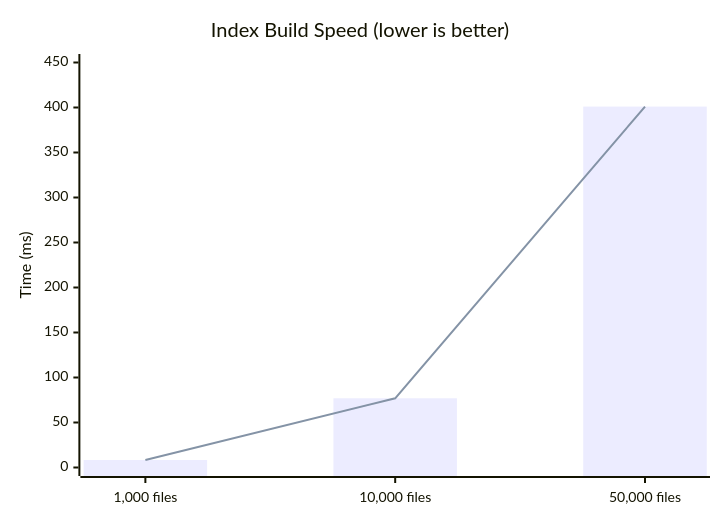
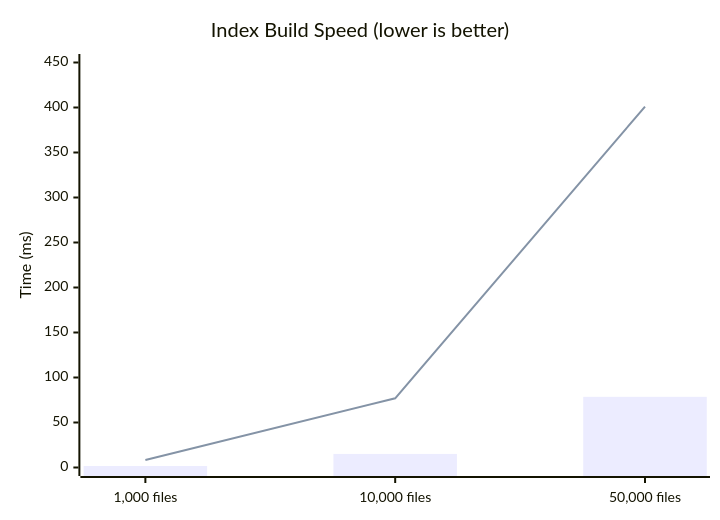
The second of 6 diagrams in README.md (williamcachamwri/snyd), drawn with Mermaid before and after one commit. The commit also changed other lines of this file and 1 other file, not shown here.

````diff
--- a/README.md
+++ b/README.md
@@ -40,8 +44,8 @@
 ```mermaid
 xychart-beta
     title "Index Build Speed (lower is better)"
     x-axis ["1,000 files", "10,000 files", "50,000 files"]
     y-axis "Time (ms)" 0 --> 450
-    bar [8.35, 76.9, 401]
+    bar [1.64, 15.1, 78.5]
     line [8.35, 76.9, 401]
 ```
````
